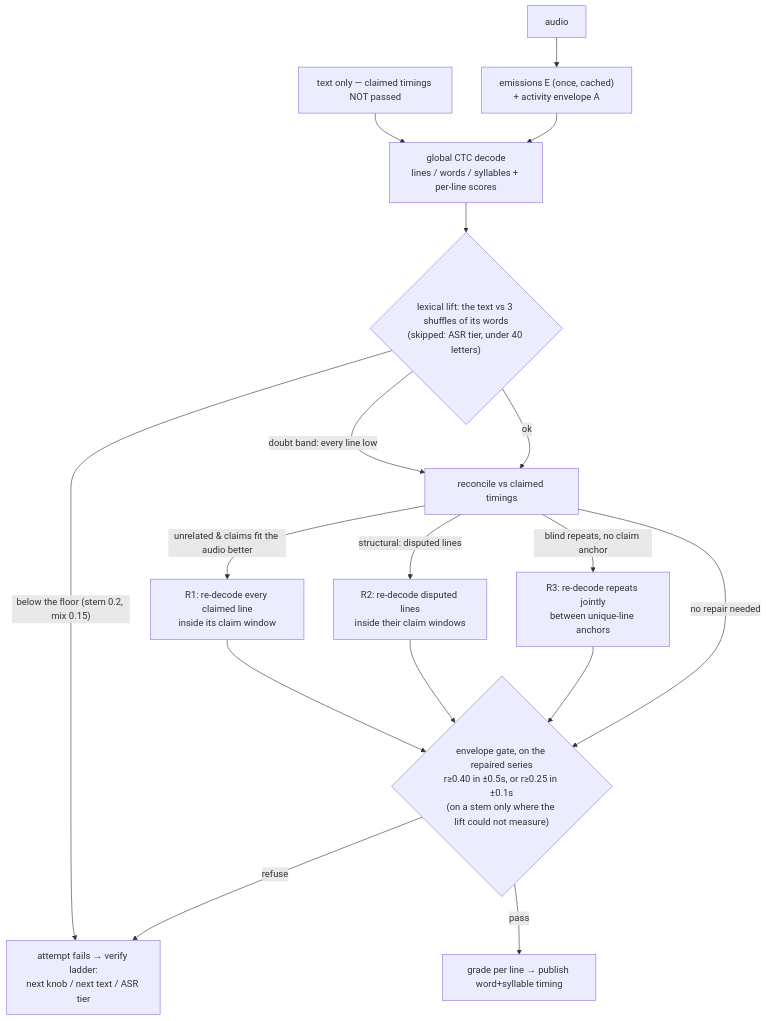
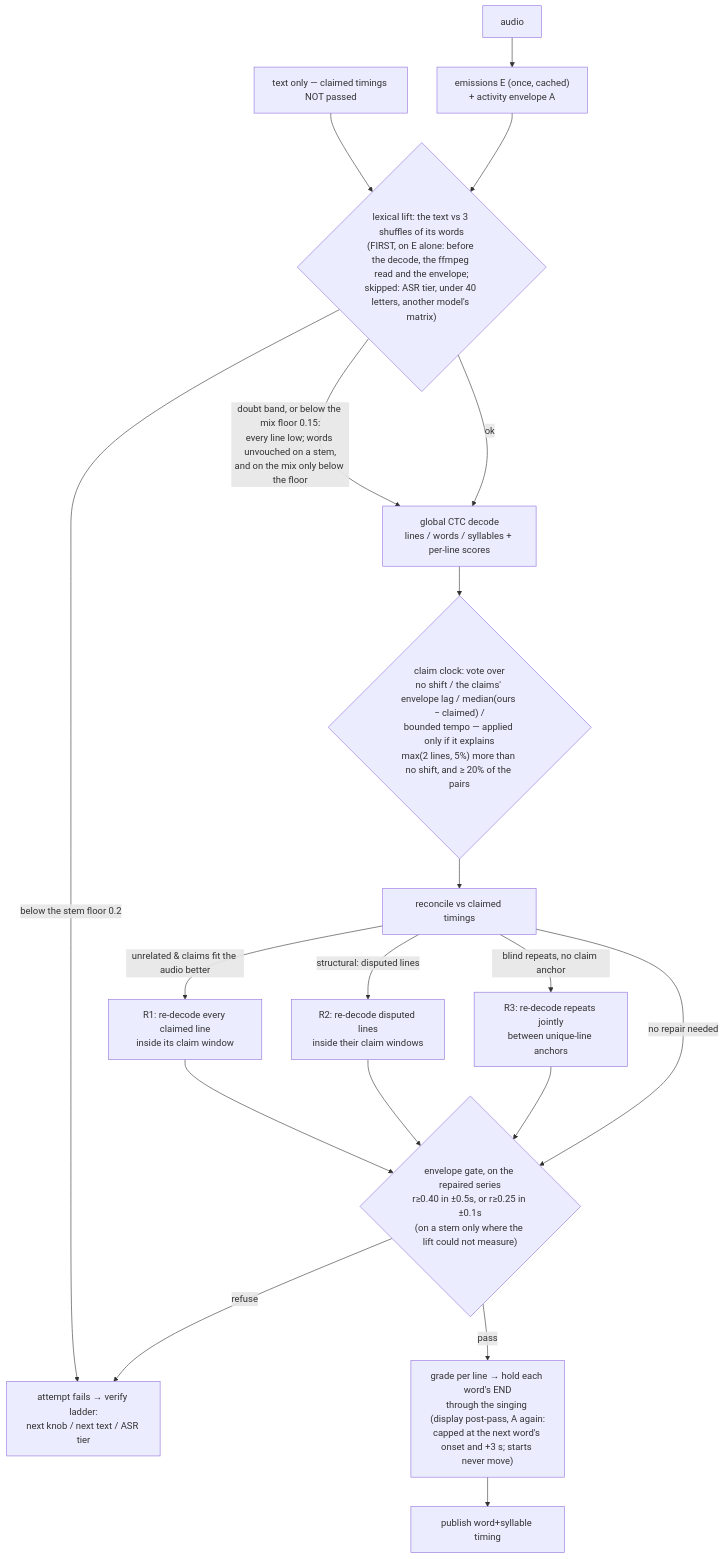
Before and after one commit to OnlyOneByte/Encore: the second of 4 diagrams in worker/README.md, drawn with Mermaid. The commit also changed other lines of this file and 77 other files, not shown here.

````diff
--- a/worker/README.md
+++ b/worker/README.md
@@ -217,19 +233,21 @@
 ```mermaid
 flowchart TD
     A[audio] --> E["emissions E (once, cached)<br/>+ activity envelope A"]
-    T[text only — claimed timings NOT passed] --> G[global CTC decode<br/>lines / words / syllables + per-line scores]
-    E --> G
-    G --> LEX{"lexical lift: the text vs 3 shuffles of its words<br/>(skipped: ASR tier, under 40 letters)"}
-    LEX -- "below the floor (stem 0.2, mix 0.15)" --> FAIL
-    LEX -- "doubt band: every line low" --> R
-    LEX -- ok --> R[reconcile vs claimed timings]
+    T[text only — claimed timings NOT passed] --> LEX
+    E --> LEX{"lexical lift: the text vs 3 shuffles of its words<br/>(FIRST, on E alone: before the decode, the ffmpeg read and the envelope;<br/>skipped: ASR tier, under 40 letters, another model's matrix)"}
+    LEX -- "below the stem floor 0.2" --> FAIL
+    LEX -- "doubt band, or below the mix floor 0.15:<br/>every line low; words unvouched on a stem,<br/>and on the mix only below the floor" --> G
+    LEX -- ok --> G[global CTC decode<br/>lines / words / syllables + per-line scores]
+    G --> CLK{"claim clock: vote over<br/>no shift / the claims' envelope lag / median(ours − claimed) /<br/>bounded tempo — applied only if it explains<br/>max(2 lines, 5%) more than no shift, and ≥ 20% of the pairs"}
+    CLK --> R[reconcile vs claimed timings]
     R -- "unrelated & claims fit the audio better" --> R1["R1: re-decode every claimed line<br/>inside its claim window"]
     R -- "structural: disputed lines" --> R2["R2: re-decode disputed lines<br/>inside their claim windows"]
     R -- "blind repeats, no claim anchor" --> R3["R3: re-decode repeats jointly<br/>between unique-line anchors"]
     R1 --> GATE{"envelope gate, on the repaired series<br/>r≥0.40 in ±0.5s, or r≥0.25 in ±0.1s<br/>(on a stem only where the lift could not measure)"}
     R2 --> GATE
     R3 --> GATE
     R -- no repair needed --> GATE
     GATE -- refuse --> FAIL[attempt fails → verify ladder:<br/>next knob / next text / ASR tier]
-    GATE -- pass --> P[grade per line → publish word+syllable timing]
+    GATE -- pass --> ENDS["grade per line → hold each word's END<br/>through the singing (display post-pass, A again:<br/>capped at the next word's onset and +3 s; starts never move)"]
+    ENDS --> P[publish word+syllable timing]
 ```
````
